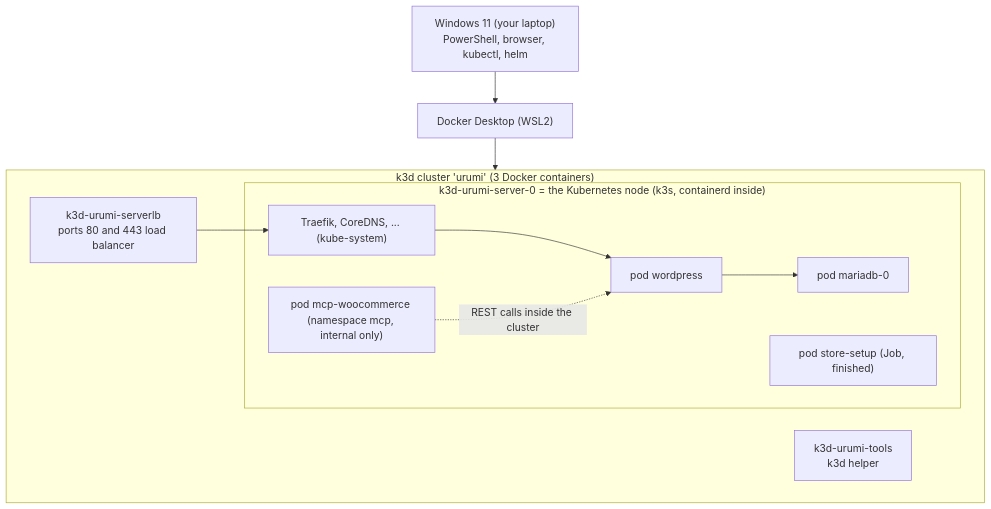
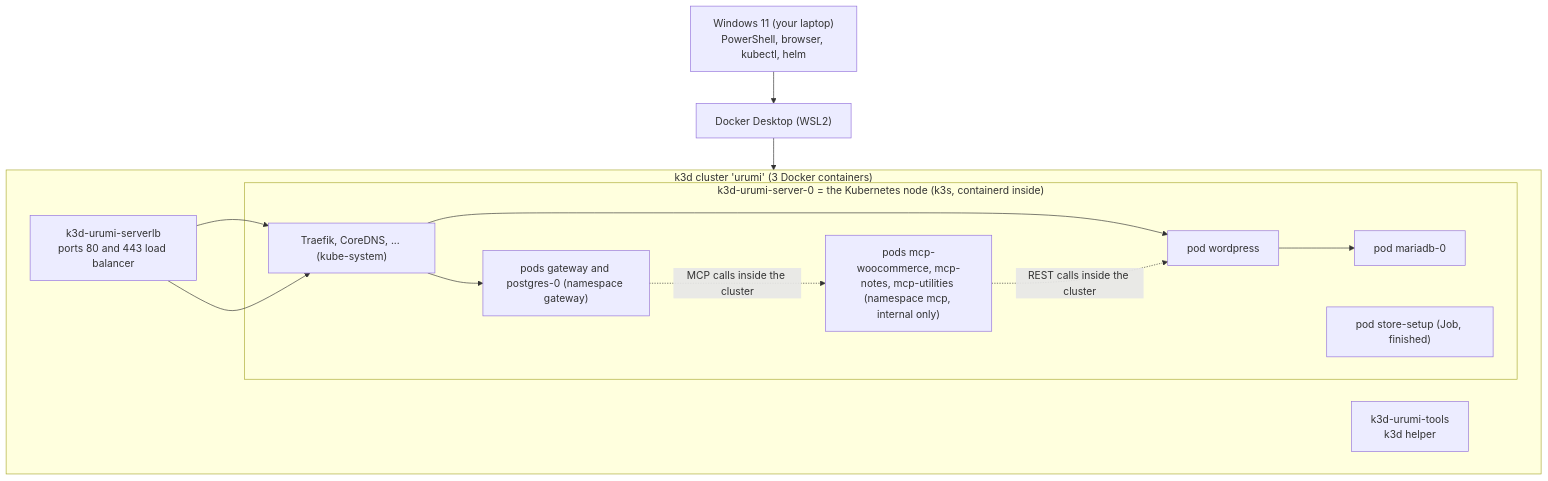
One commit to tushar66sharma/MCP-Gateway-on-Kubernetes changed the diagram in docs/run-guide.md. Above: the diagram before and after it, drawn with Mermaid. The commit also changed other lines of this file and 7 other files, not shown here.

````diff
--- a/docs/run-guide.md
+++ b/docs/run-guide.md
@@ -42,19 +43,22 @@
 ```mermaid
 flowchart TB
     W["Windows 11 (your laptop)<br/>PowerShell, browser, kubectl, helm"]
     D["Docker Desktop (WSL2)"]
     subgraph K3D["k3d cluster 'urumi' (3 Docker containers)"]
         LB["k3d-urumi-serverlb<br/>ports 80 and 443 load balancer"]
         TOOLS["k3d-urumi-tools<br/>k3d helper"]
         subgraph NODE["k3d-urumi-server-0 = the Kubernetes node (k3s, containerd inside)"]
             P1["pod wordpress"]
             P2["pod mariadb-0"]
             P3["pod store-setup (Job, finished)"]
-            P5["pod mcp-woocommerce (namespace mcp, internal only)"]
+            P5["pods mcp-woocommerce, mcp-notes, mcp-utilities (namespace mcp, internal only)"]
+            P6["pods gateway and postgres-0 (namespace gateway)"]
             P4["Traefik, CoreDNS, ... (kube-system)"]
         end
     end
     W --> D --> K3D
     LB --> P4 --> P1 --> P2
     P5 -. "REST calls inside the cluster" .-> P1
+    LB --> P4 --> P6
+    P6 -. "MCP calls inside the cluster" .-> P5
 ```
````
